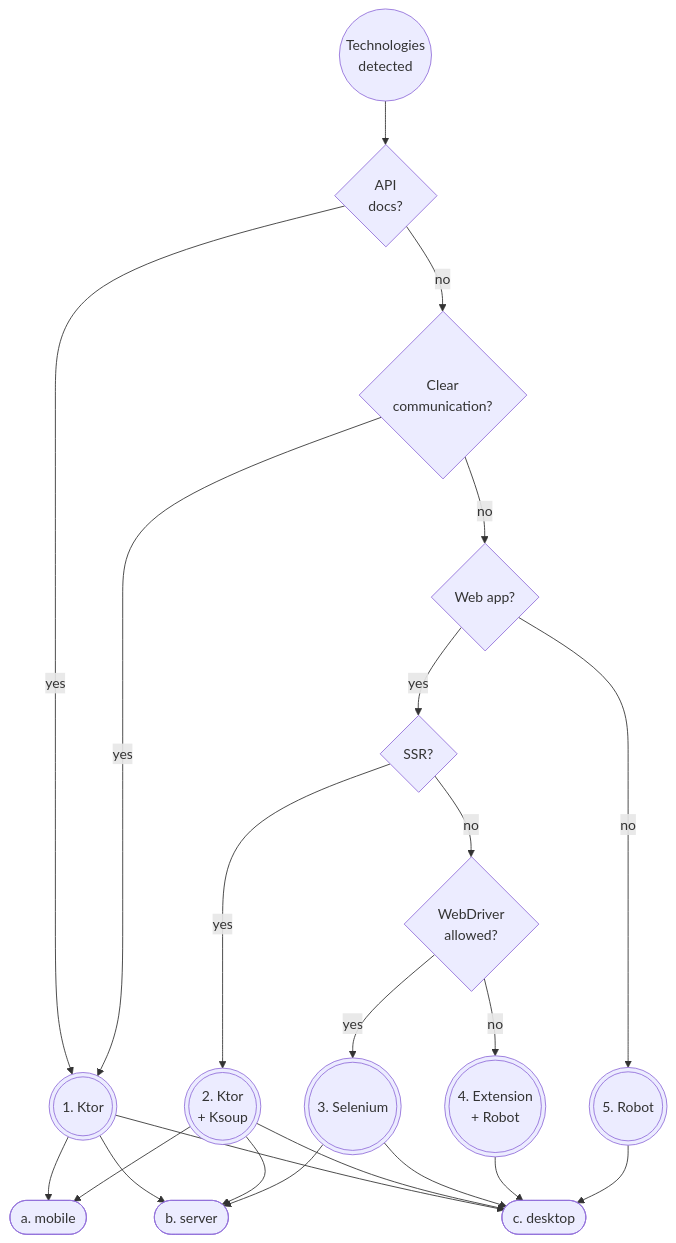
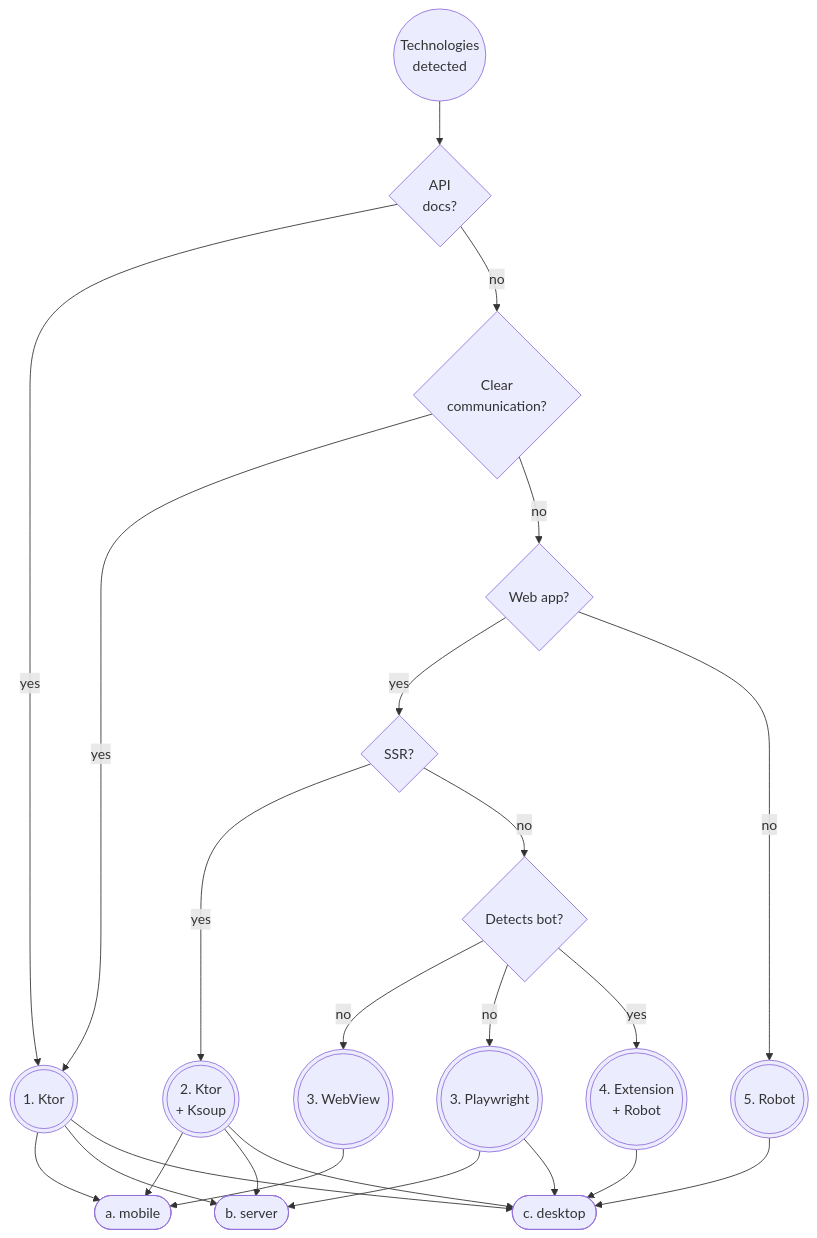
Before and after one commit to apinkivi/apina: the second of 2 diagrams in README.md, drawn with Mermaid.

Commit message:
Refactor implementation selection process in README.md to improve bot detection flow

````diff
--- a/README.md
+++ b/README.md
@@ -29,34 +29,39 @@
 ```mermaid
 graph TD
 techs((Technologies<br>detected))
 --> api{API<br>docs?}
 -->|yes| ktor(((1. Ktor)))
 --> mobile([a. mobile])
 
 ktor --> server([b. server])
 
 ktor --> desktop([c. desktop])
 
 api -->|no| clear{Clear<br>communication?}
 -->|yes| ktor
 
 clear -->|no| web{Web app?}
 -->|yes| ssr{SSR?}
 -->|yes| ksoup(((2. Ktor<br>+ Ksoup)))
 --> mobile
 
 ksoup --> server
 
 ksoup --> desktop
 
-ssr -->|no| driver{WebDriver<br>allowed?}
--->|yes| selenium(((3. Selenium)))
+ssr -->|no| bot{Detects bot?}
+-->|no| view(((3. WebView)))
+--> mobile
+
+bot -->|no| playwright(((3. Playwright)))
 --> server
 
-selenium --> desktop
 
-driver -->|no| extension(((4. Extension<br>+ Robot)))
+
+playwright --> desktop
+
+bot -->|yes| extension(((4. Extension<br>+ Robot)))
 --> desktop
 
 web -->|no| robot(((5. Robot))) --> desktop
 ```
````
